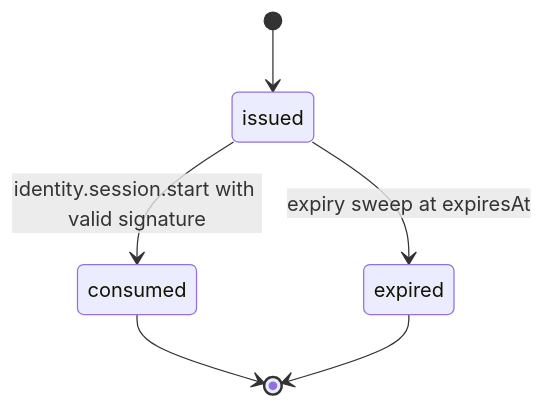
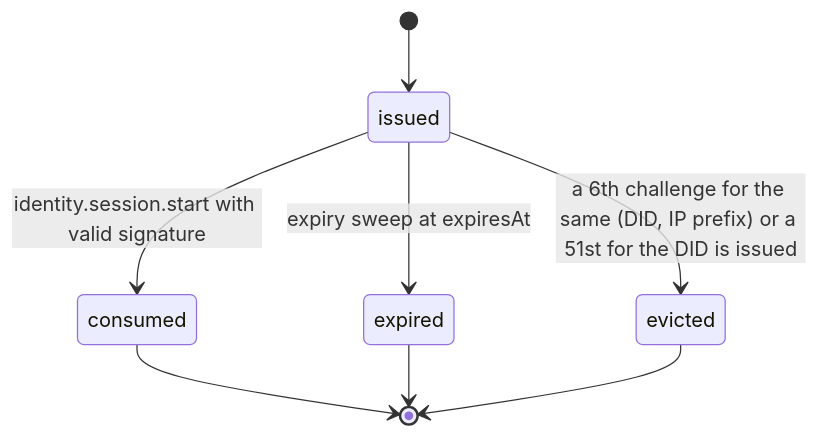
Before and after one commit to djshellshoxxx/CLASSifiedisRUPTed: the first of 2 diagrams in 07_Identity/01_accounts/mod_sessions/workflow_state_machine.md, drawn with Mermaid. The commit also changed other lines of this file and 235 other files, not shown here.

````diff
--- a/07_Identity/01_accounts/mod_sessions/workflow_state_machine.md
+++ b/07_Identity/01_accounts/mod_sessions/workflow_state_machine.md
@@ -24,8 +25,10 @@
 ```mermaid
 stateDiagram-v2
   [*] --> issued
   issued --> consumed: identity.session.start with valid signature
   issued --> expired: expiry sweep at expiresAt
+  issued --> evicted: a 6th challenge for the same (DID, IP prefix) or a 51st for the DID is issued
   consumed --> [*]
   expired --> [*]
+  evicted --> [*]
 ```
````
